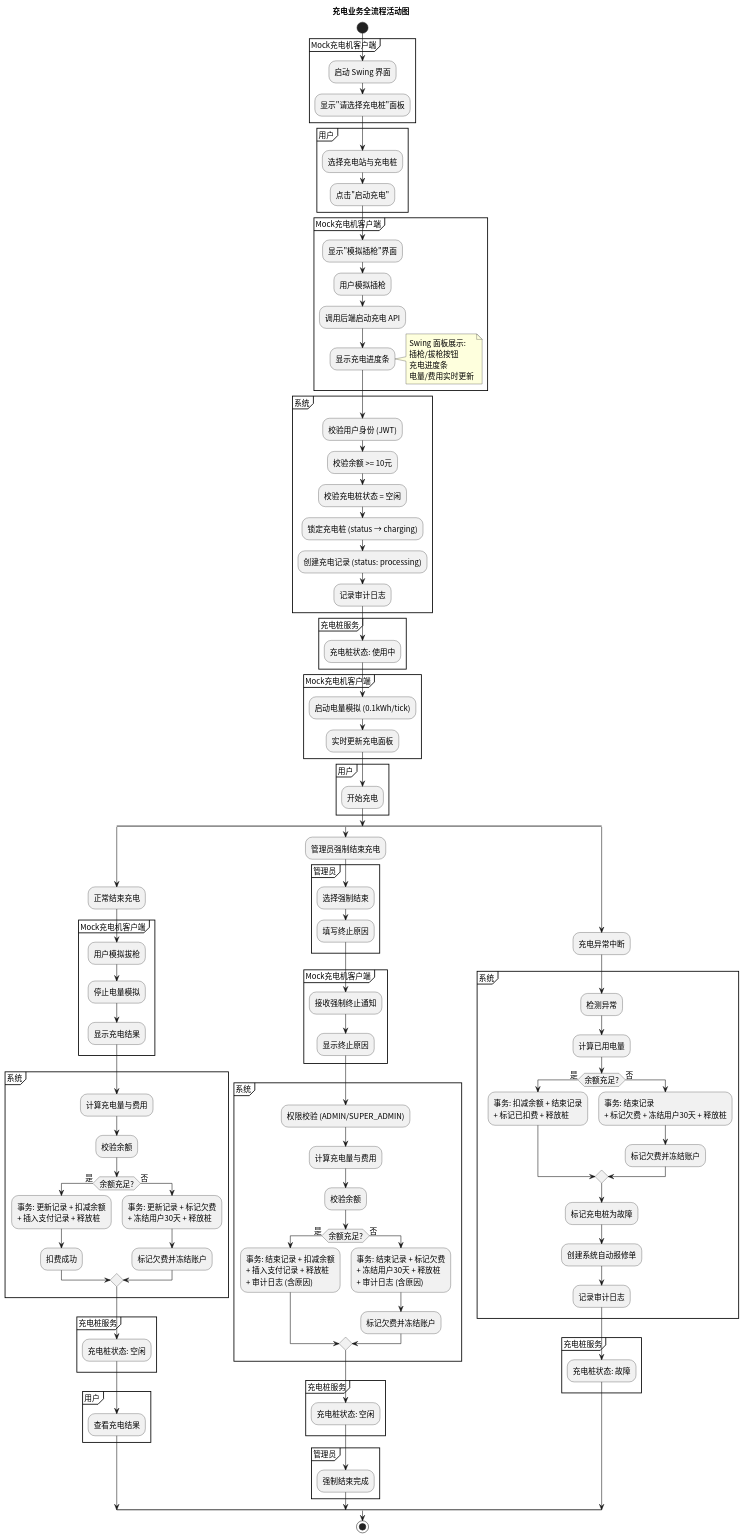
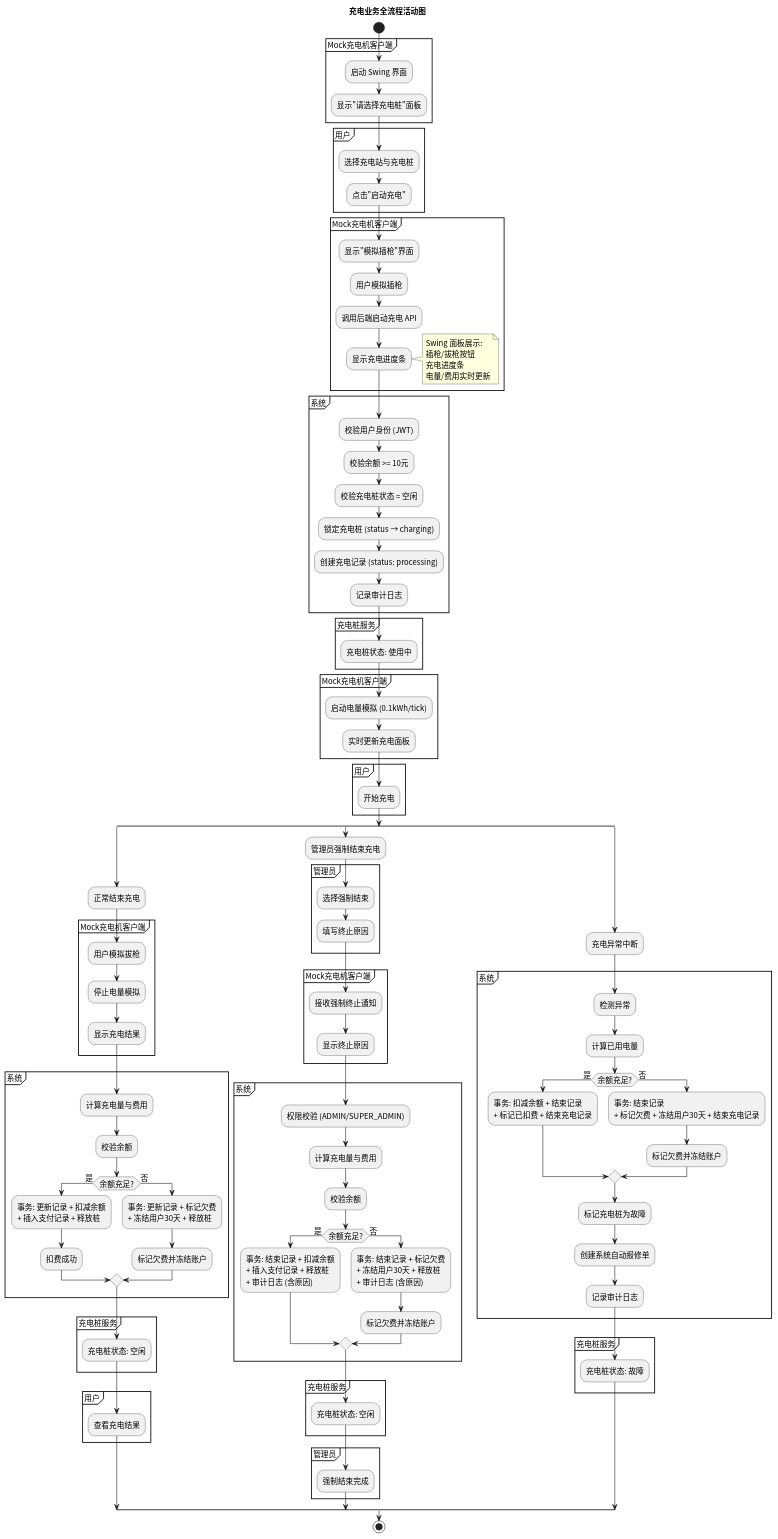
One commit to greenhandzdl/charging-station-doc changed the diagram in activity/src/activity_charging.puml. Above: the diagram before and after it, drawn with PlantUML. The commit also changed 18 other files, not shown here.

```diff
--- a/activity/src/activity_charging.puml
+++ b/activity/src/activity_charging.puml
@@ -1,135 +1,135 @@
 @startuml
 skinparam defaultFontName "Noto Sans CJK SC"
 skinparam defaultFontSize 14
 title 充电业务全流程活动图
 
 start
 
 partition "Mock充电机客户端" {
   :启动 Swing 界面;
   :显示"请选择充电桩"面板;
 }
 
 partition "用户" {
   :选择充电站与充电桩;
   :点击"启动充电";
 }
 
 partition "Mock充电机客户端" {
   :显示"模拟插枪"界面;
   :用户模拟插枪;
   :调用后端启动充电 API;
   :显示充电进度条;
   note right
     Swing 面板展示:
     插枪/拔枪按钮
     充电进度条
     电量/费用实时更新
   end note
 }
 
 partition "系统" {
   :校验用户身份 (JWT);
   :校验余额 >= 10元;
   :校验充电桩状态 = 空闲;
   :锁定充电桩 (status → charging);
   :创建充电记录 (status: processing);
   :记录审计日志;
 }
 
 partition "充电桩服务" {
   :充电桩状态: 使用中;
 }
 
 partition "Mock充电机客户端" {
   :启动电量模拟 (0.1kWh/tick);
   :实时更新充电面板;
 }
 
 partition "用户" {
   :开始充电;
 }
 
 split
   :正常结束充电;
   partition "Mock充电机客户端" {
     :用户模拟拔枪;
     :停止电量模拟;
     :显示充电结果;
   }
 
   partition "系统" {
     :计算充电量与费用;
     :校验余额;
     if (余额充足?) then (是)
       :事务: 更新记录 + 扣减余额\n+ 插入支付记录 + 释放桩;
       :扣费成功;
     else (否)
       :事务: 更新记录 + 标记欠费\n+ 冻结用户30天 + 释放桩;
       :标记欠费并冻结账户;
     endif
   }
 
   partition "充电桩服务" {
     :充电桩状态: 空闲;
   }
 
   partition "用户" {
     :查看充电结果;
   }
 split again
   :管理员强制结束充电;
 
   partition "管理员" {
     :选择强制结束;
     :填写终止原因;
   }
 
   partition "Mock充电机客户端" {
     :接收强制终止通知;
     :显示终止原因;
   }
 
   partition "系统" {
     :权限校验 (ADMIN/SUPER_ADMIN);
     :计算充电量与费用;
     :校验余额;
     if (余额充足?) then (是)
       :事务: 结束记录 + 扣减余额\n+ 插入支付记录 + 释放桩\n+ 审计日志 (含原因);
     else (否)
       :事务: 结束记录 + 标记欠费\n+ 冻结用户30天 + 释放桩\n+ 审计日志 (含原因);
       :标记欠费并冻结账户;
     endif
   }
 
   partition "充电桩服务" {
     :充电桩状态: 空闲;
   }
 
   partition "管理员" {
     :强制结束完成;
   }
 split again
   :充电异常中断;
 
   partition "系统" {
     :检测异常;
     :计算已用电量;
     if (余额充足?) then (是)
-      :事务: 扣减余额 + 结束记录\n+ 标记已扣费 + 释放桩;
+      :事务: 扣减余额 + 结束记录\n+ 标记已扣费 + 结束充电记录;
     else (否)
-      :事务: 结束记录\n+ 标记欠费 + 冻结用户30天 + 释放桩;
+      :事务: 结束记录\n+ 标记欠费 + 冻结用户30天 + 结束充电记录;
       :标记欠费并冻结账户;
     endif
     :标记充电桩为故障;
     :创建系统自动报修单;
     :记录审计日志;
   }
 
   partition "充电桩服务" {
     :充电桩状态: 故障;
   }
 end split
 
 stop
 @enduml
```
